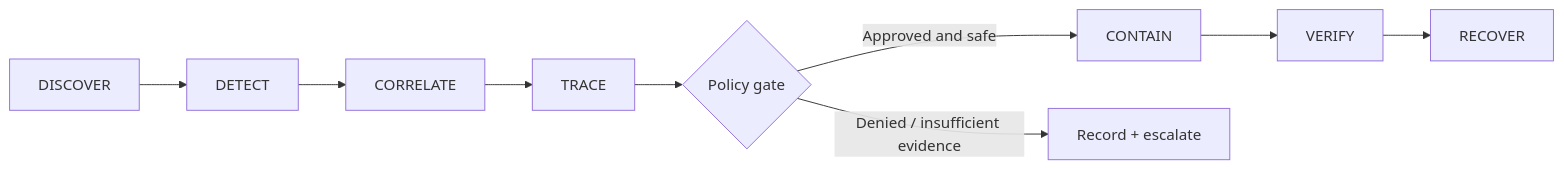
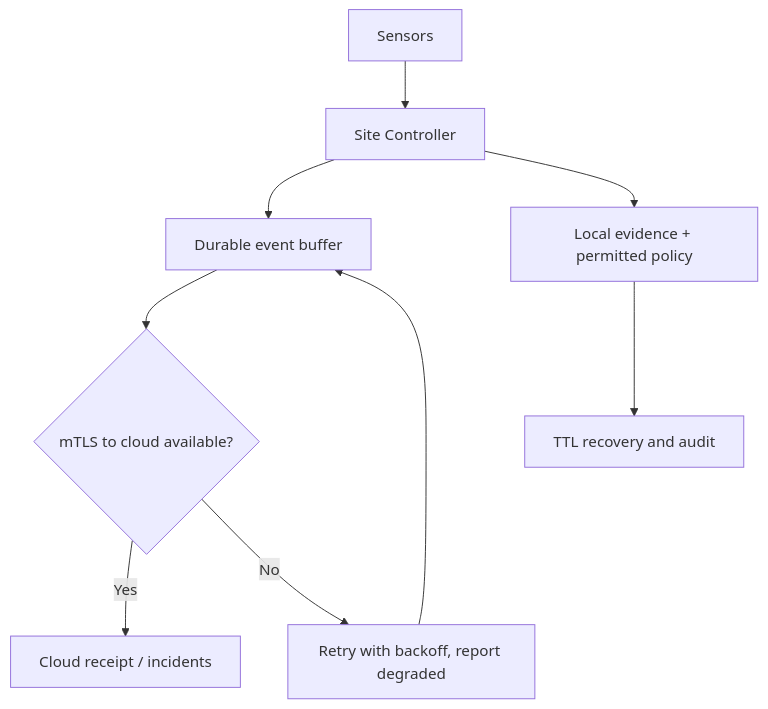
One commit to Saitanveesh/1 changed the third of 5 diagrams in docs/WORKFLOWS.md. Above: the diagram before and after it, drawn with Mermaid. The commit also changed other lines of this file and 19 other files, not shown here.

Commit message:
docs: present GAUNT red-blue security milestone with editable flows and owner rights

````diff
--- a/docs/WORKFLOWS.md
+++ b/docs/WORKFLOWS.md
@@ -26,11 +39,11 @@
 ```mermaid
-flowchart LR
-  A["DISCOVER"] --> B["DETECT"]
-  B --> C["CORRELATE"]
-  C --> D["TRACE"]
-  D --> E{"Policy gate"}
-  E -->|"Approved and safe"| F["CONTAIN"]
-  E -->|"Denied / insufficient evidence"| H["Record + escalate"]
-  F --> G["VERIFY"]
-  G --> I["RECOVER"]
+flowchart TB
+  S["Sensors"] --> L["Site Controller"]
+  L --> B["Durable event buffer"]
+  B --> C{"mTLS to cloud available?"}
+  C -->|"Yes"| CP["Cloud receipt / incidents"]
+  C -->|"No"| BACK["Retry with backoff, report degraded"]
+  BACK --> B
+  L --> A["Local evidence + permitted policy"]
+  A --> R["TTL recovery and audit"]
 ```
````
